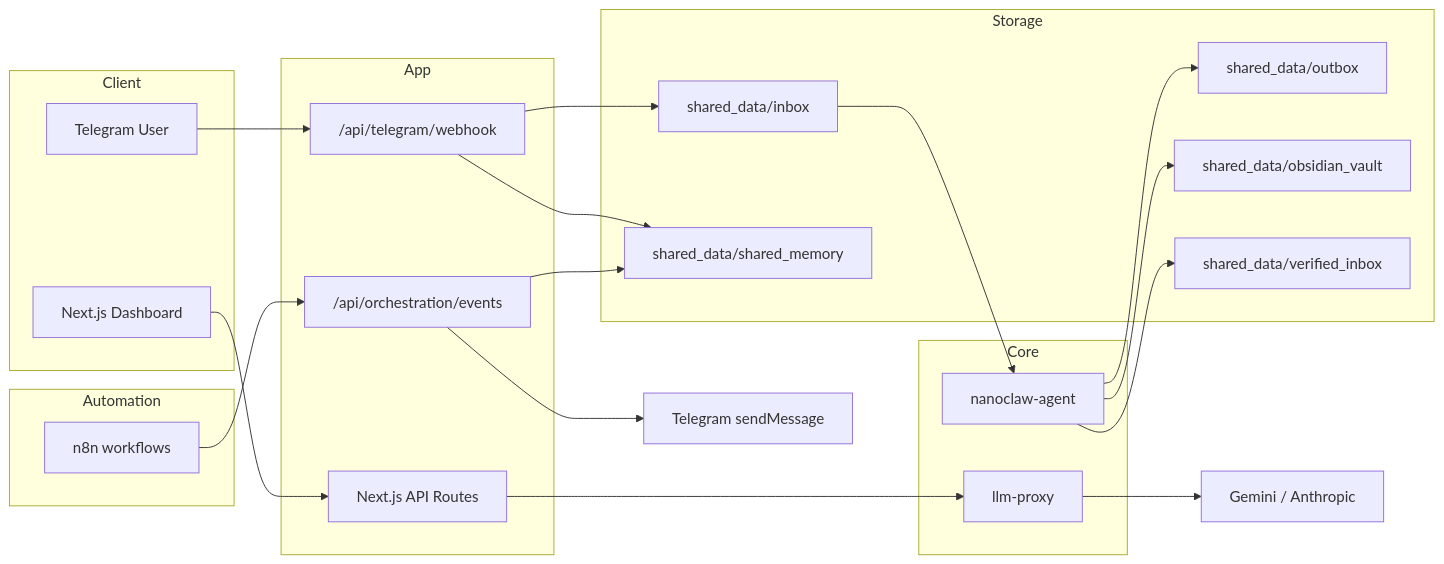
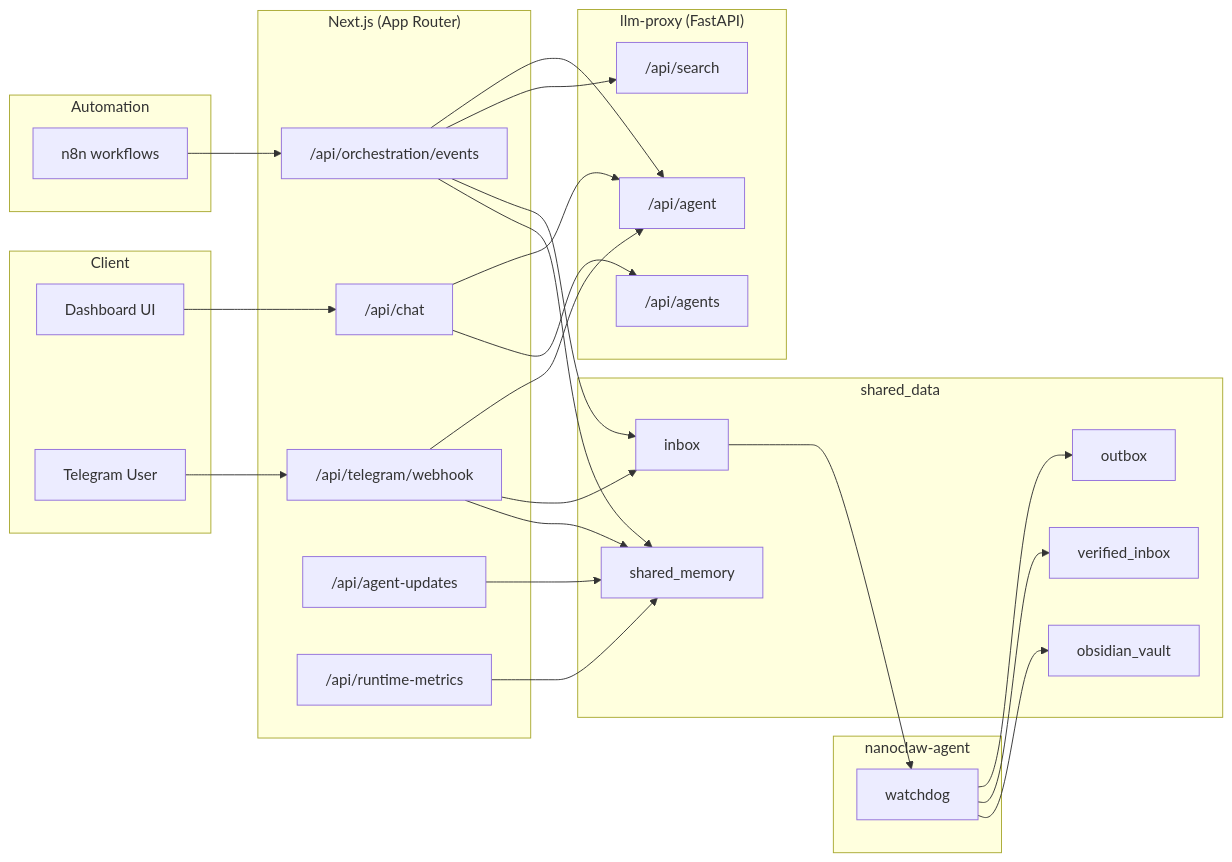
One commit to Merchantlee99/Personal-AI-agent-v2 changed the second of 5 diagrams in docs/ARCHITECTURE.md. Above: the diagram before and after it, drawn with Mermaid. The commit also changed other lines of this file and 43 other files, not shown here.

````diff
--- a/docs/ARCHITECTURE.md
+++ b/docs/ARCHITECTURE.md
@@ -18,46 +39,59 @@
 ```mermaid
 flowchart LR
-  subgraph Client
-    UI["Next.js Dashboard"]
+  subgraph CLIENT["Client"]
+    WEB["Dashboard UI"]
     TGUSER["Telegram User"]
   end
 
-  subgraph App
-    API["Next.js API Routes"]
+  subgraph NEXT["Next.js (App Router)"]
+    CHAT["/api/chat"]
     ORCH["/api/orchestration/events"]
-    TGCB["/api/telegram/webhook"]
+    TGW["/api/telegram/webhook"]
+    UPD["/api/agent-updates"]
+    MET["/api/runtime-metrics"]
   end
 
-  subgraph Core
-    PX["llm-proxy"]
-    AG["nanoclaw-agent"]
+  subgraph PROXY["llm-proxy (FastAPI)"]
+    P1["/api/agent"]
+    P2["/api/agents"]
+    P3["/api/search"]
   end
 
-  subgraph Automation
+  subgraph AUTO["Automation"]
     N8N["n8n workflows"]
   end
 
-  subgraph Storage
-    INBOX["shared_data/inbox"]
-    OUTBOX["shared_data/outbox"]
-    VAULT["shared_data/obsidian_vault"]
-    VERIFIED["shared_data/verified_inbox"]
-    MEM["shared_data/shared_memory"]
+  subgraph AGENT["nanoclaw-agent"]
+    WD["watchdog"]
   end
 
-  UI --> API
-  API --> PX
-  PX --> LLM["Gemini / Anthropic"]
+  subgraph STORAGE["shared_data"]
+    INBOX["inbox"]
+    OUT["outbox"]
+    VERIFIED["verified_inbox"]
+    VAULT["obsidian_vault"]
+    MEMORY["shared_memory"]
+  end
 
+  WEB --> CHAT
+  TGUSER --> TGW
   N8N --> ORCH
-  ORCH --> TG["Telegram sendMessage"]
-  TGUSER --> TGCB
-  TGCB --> INBOX
 
-  INBOX --> AG
-  AG --> OUTBOX
-  AG --> VAULT
-  AG --> VERIFIED
-  ORCH --> MEM
-  TGCB --> MEM
+  CHAT --> P1
+  ORCH --> P1
+  TGW --> P1
+  CHAT --> P2
+  ORCH --> P3
+
+  ORCH --> INBOX
+  TGW --> INBOX
+  INBOX --> WD
+  WD --> OUT
+  WD --> VERIFIED
+  WD --> VAULT
+
+  ORCH --> MEMORY
+  TGW --> MEMORY
+  UPD --> MEMORY
+  MET --> MEMORY
 ```
````
